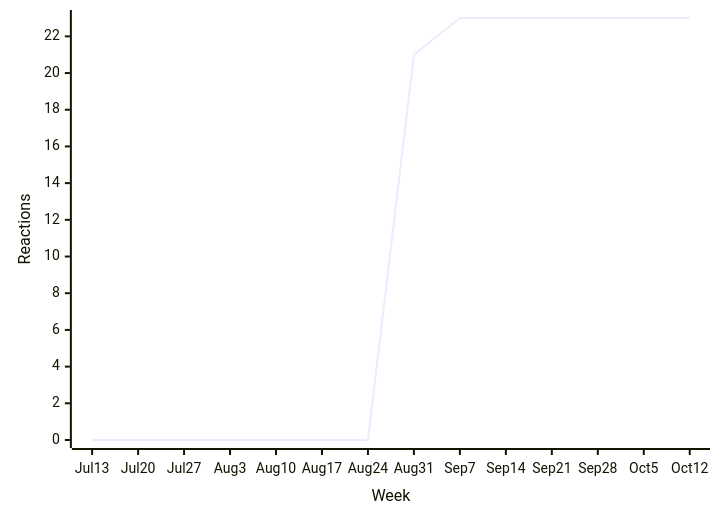
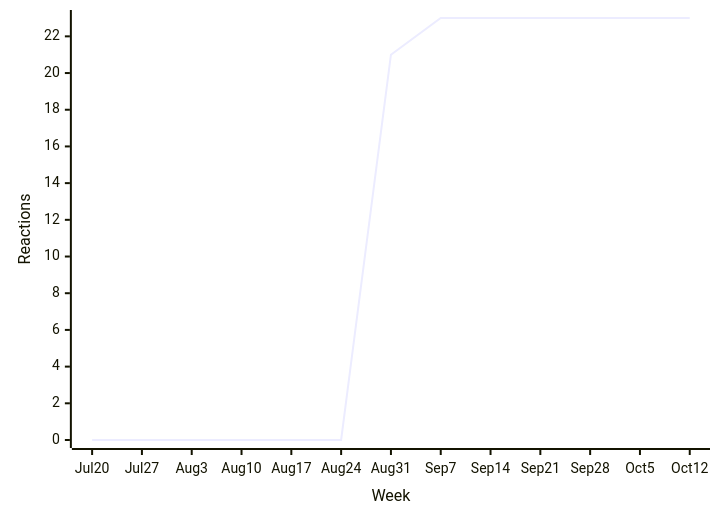
Before and after one commit to loic-sharma/github-insights: the third of 38 diagrams in README.md, drawn with Mermaid. The commit also changed other lines of this file and 3 other files, not shown here.

````diff
--- a/README.md
+++ b/README.md
@@ -358,6 +358,6 @@
   ```mermaid
   xychart-beta
-    x-axis "Week" [Jul 13, Jul 20, Jul 27, Aug 3, Aug 10, Aug 17, Aug 24, Aug 31, Sep 7, Sep 14, Sep 21, Sep 28, Oct 5, Oct 12]
+    x-axis "Week" [Jul 20, Jul 27, Aug 3, Aug 10, Aug 17, Aug 24, Aug 31, Sep 7, Sep 14, Sep 21, Sep 28, Oct 5, Oct 12]
     y-axis "Reactions"
-    line [0, 0, 0, 0, 0, 0, 0, 21, 23, 23, 23, 23, 23, 23]
+    line [0, 0, 0, 0, 0, 0, 21, 23, 23, 23, 23, 23, 23]
   ```
````
